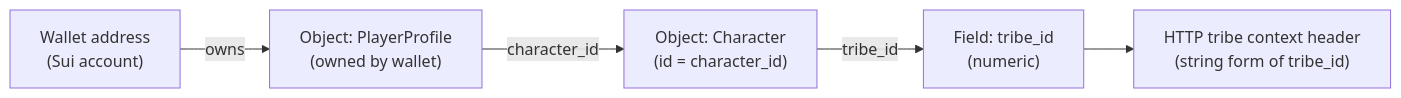
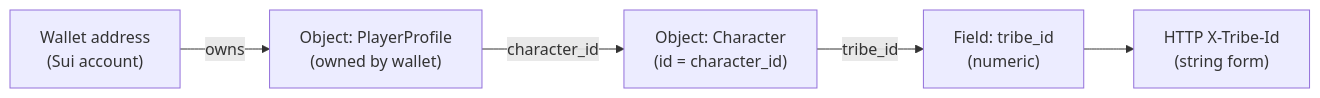
Before and after one commit to Ravencraft-Labs/powerlay-frontier: the diagram in docs/contracts-integration.md, drawn with Mermaid. The commit also changed other lines of this file and 34 other files, not shown here.

````diff
--- a/docs/contracts-integration.md
+++ b/docs/contracts-integration.md
@@ -59,12 +60,12 @@
 ```mermaid
 flowchart LR
   W["Wallet address\n(Sui account)"]
   P["Object: PlayerProfile\n(owned by wallet)"]
   C["Object: Character\n(id = character_id)"]
   T["Field: tribe_id\n(numeric)"]
-  X["HTTP tribe context header\n(string form of tribe_id)"]
+  X["HTTP X-Tribe-Id\n(string form)"]
   W -->|"owns"| P
   P -->|"character_id"| C
   C -->|"tribe_id"| T
   T --> X
 ```
````
